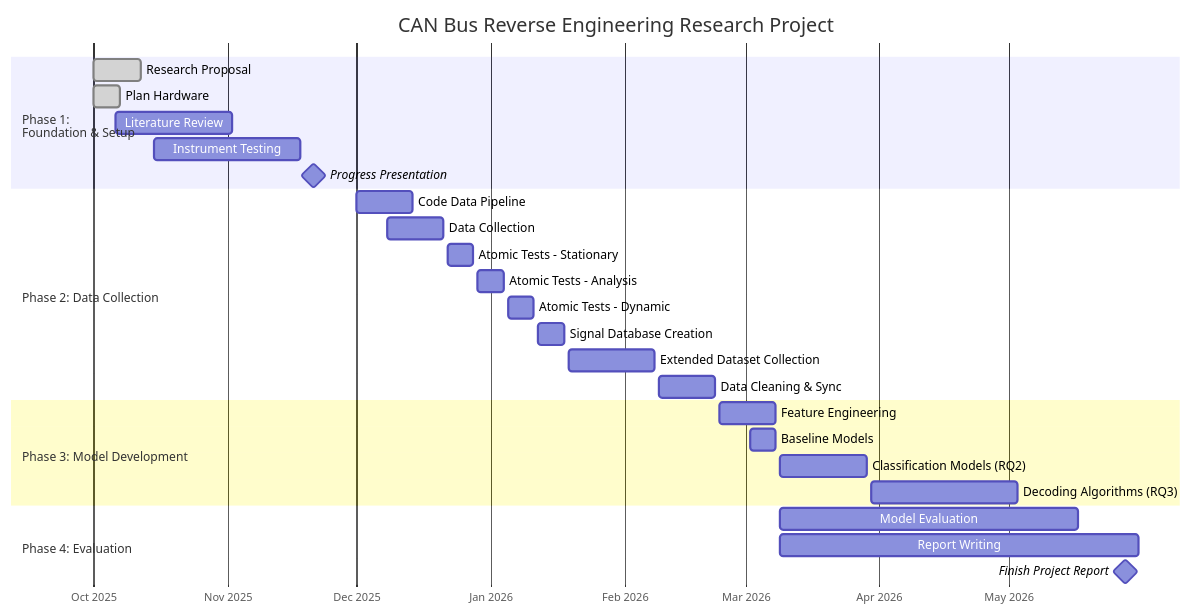
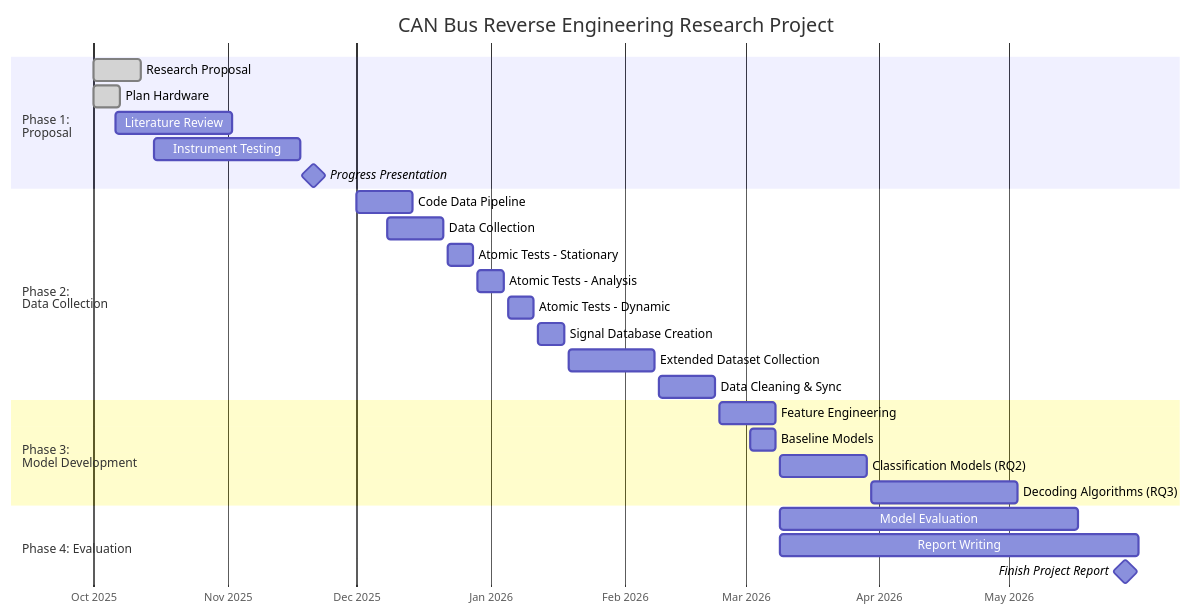
Before and after one commit to CraigAA/CAN_Reverse_Engineering_Project: the diagram in README.md, drawn with Mermaid.

````diff
--- a/README.md
+++ b/README.md
@@ -2,34 +2,34 @@
 ```mermaid
 gantt
     title CAN Bus Reverse Engineering Research Project
     dateFormat  YYYY-MM-DD
     axisFormat  %b %Y
     tickInterval 1month
-    section Phase 1:<br>Foundation & Setup
+    section Phase 1:<br>Proposal
     Research Proposal           :done, rp, 2025-10-01, 2025-10-12
     Plan Hardware               :done, oh, 2025-10-01, 2025-10-07
     Literature Review           :lr, 2025-10-06, 2025-11-02
     Instrument Testing          :it, 2025-10-15, 2025-11-18
     Progress Presentation       :milestone, pp, 2025-11-19, 2025-11-23
 
-    section Phase 2: Data Collection
+    section Phase 2:<br>Data Collection
     Code Data Pipeline          :dp, 2025-12-01, 2025-12-14
     Data Collection             :pt, 2025-12-08, 2025-12-21
     Atomic Tests - Stationary   :as, 2025-12-22, 2025-12-28
     Atomic Tests - Analysis     :aa, 2025-12-29, 2026-01-04
     Atomic Tests - Dynamic      :ad, 2026-01-05, 2026-01-11
     Signal Database Creation    :sd, 2026-01-12, 2026-01-18
     Extended Dataset Collection :ed, 2026-01-19, 2026-02-08
     Data Cleaning & Sync        :dc, 2026-02-09, 2026-02-22
 
-    section Phase 3: Model Development
+    section Phase 3:<br>Model Development
     Feature Engineering         :fe, 2026-02-23, 2026-03-08
     Baseline Models             :bm, 2026-03-02, 2026-03-08
     Classification Models (RQ2) :cm, 2026-03-09, 2026-03-29
     Decoding Algorithms (RQ3)   :da, 2026-03-30, 2026-05-03
 
     section Phase 4: Evaluation
     Model Evaluation            :ce, 2026-03-09, 2026-05-17
     Report Writing              :wr, 2026-03-09, 2026-05-31
     Finish Project Report       :milestone, fta, 2026-05-25, 2026-05-31
 ```
````
